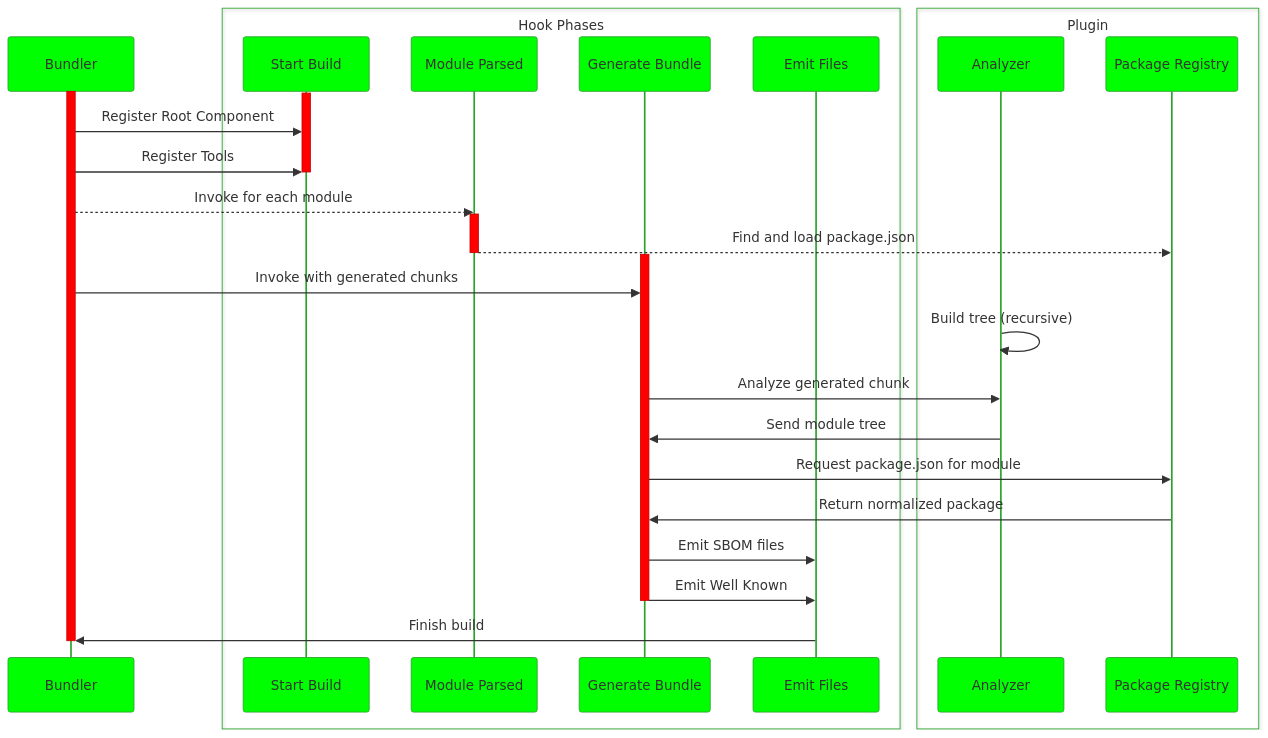
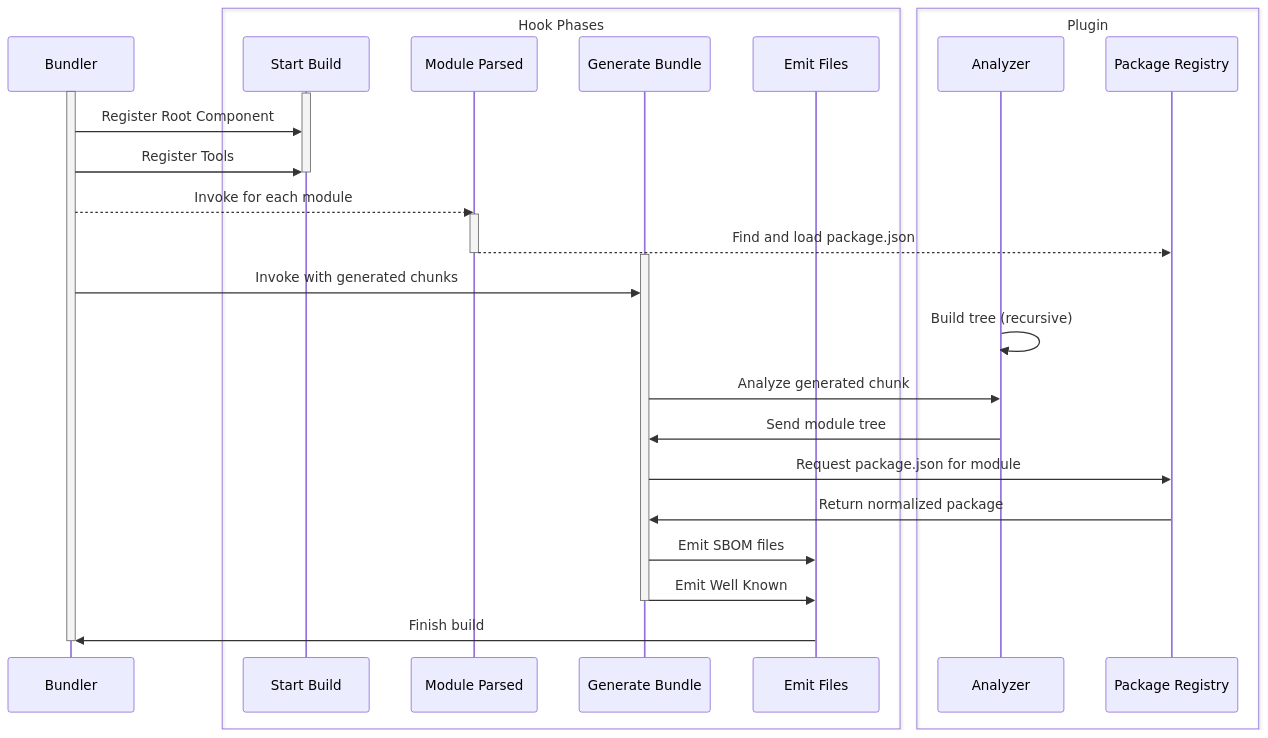
The diagram in README.md (janbiasi/rollup-plugin-sbom), drawn with Mermaid before and after one commit.

Commit message:
docs: move sequence chart position

````diff
--- a/README.md
+++ b/README.md
@@ -154,41 +156,35 @@
 ```mermaid
----
-config:
-  theme: base
-  themeVariables:
-    primaryColor: "#00ff00"
----
 sequenceDiagram
   participant Bundler
   box Hook Phases
     participant SB as Start Build
     participant MP as Module Parsed
     participant GB as Generate Bundle
     participant EF as Emit Files
   end
   box Plugin
     participant AN as Analyzer
     participant PR as Package Registry
   end
   activate Bundler
   activate SB
     Bundler->>SB: Register Root Component
     Bundler->>SB: Register Tools
   deactivate SB
   Bundler-->>MP: Invoke for each module
   activate MP
     MP-->>PR: Find and load package.json
   deactivate MP
   activate GB
     Bundler->>GB: Invoke with generated chunks
     AN->>AN: Build tree (recursive)
     GB->>AN: Analyze generated chunk
     AN->>GB: Send module tree
     GB->>PR: Request package.json for module
     PR->>GB: Return normalized package
     GB->>EF: Emit SBOM files
     GB->>EF: Emit Well Known
   deactivate GB
   EF->>Bundler: Finish build
   deactivate Bundler
 ```
````
